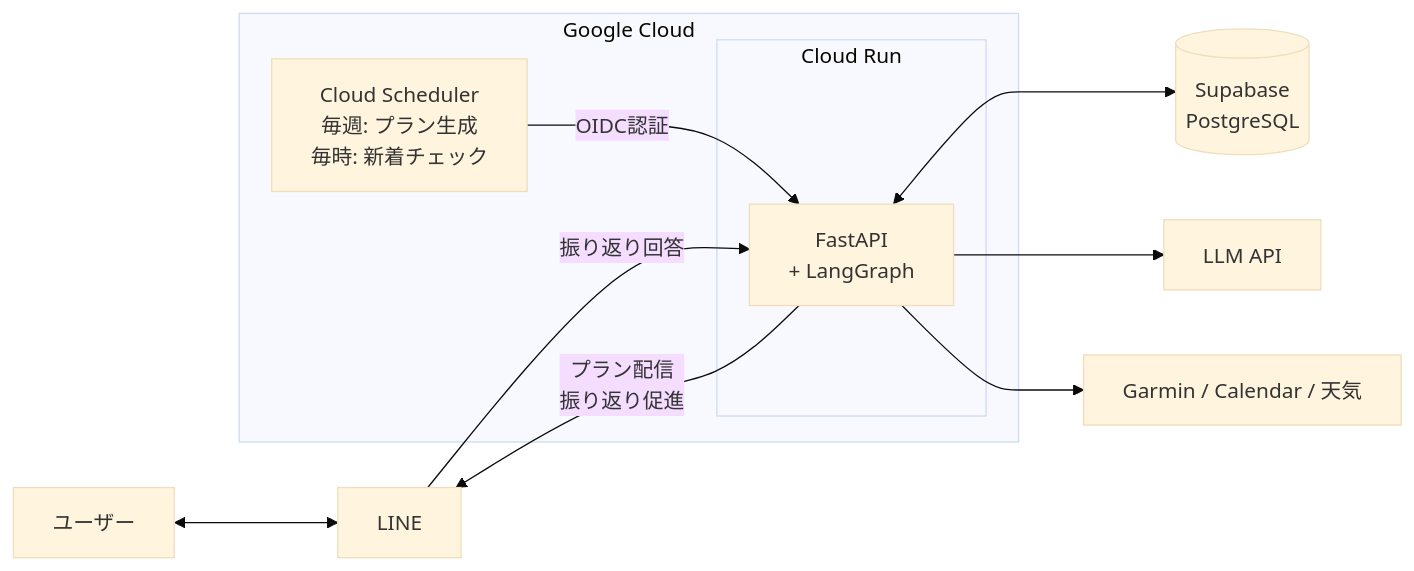
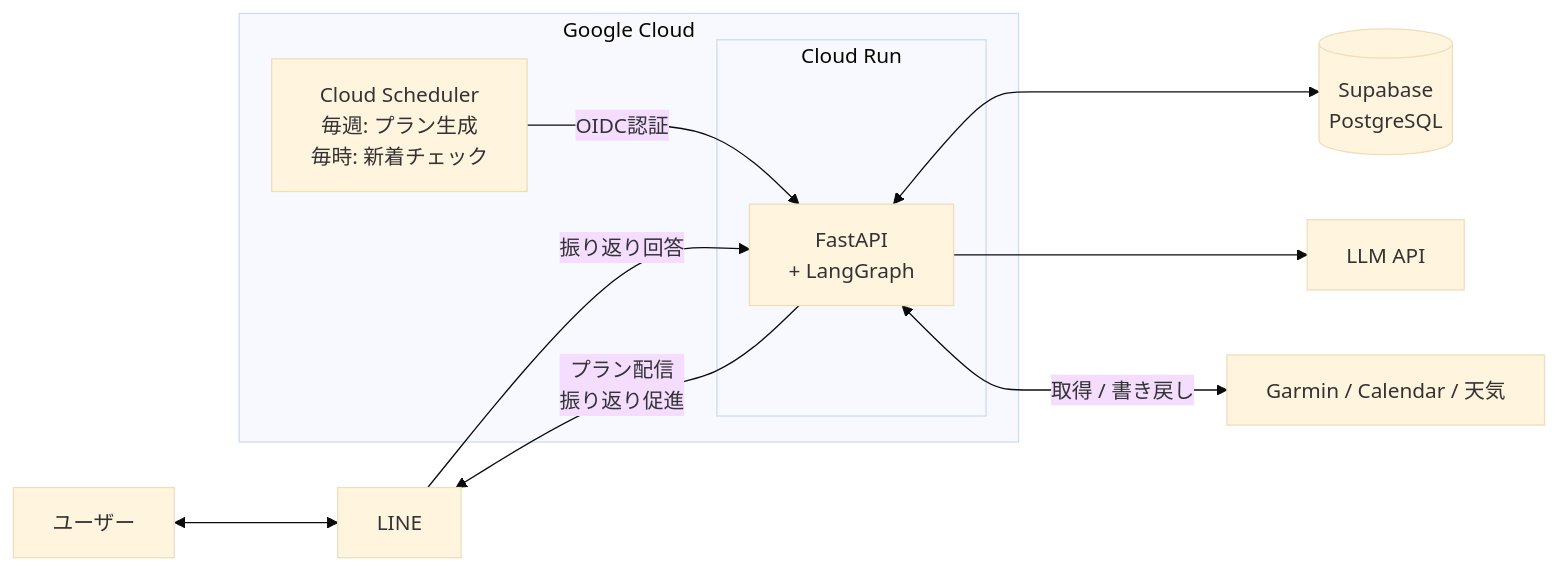
Before and after one commit to fuzztarou/run-coach: the first of 2 diagrams in README.md, drawn with Mermaid (base theme). The commit also changed other lines of this file, not shown here.

Commit message:
docs: READMEのアーキテクチャ図・ワークフロー図を改善

````diff
--- a/README.md
+++ b/README.md
@@ -12,20 +12,20 @@
 ```mermaid
 flowchart LR
     U[ユーザー] <--> LINE[LINE]
 
     LINE -->|振り返り回答| API
     API -->|プラン配信<br>振り返り促進| LINE
 
     subgraph GCP[Google Cloud]
         CS[Cloud Scheduler<br>毎週: プラン生成<br>毎時: 新着チェック] -->|OIDC認証| API
         subgraph Cloud Run
             API[FastAPI<br>+ LangGraph]
         end
     end
 
     API <--> DB[(Supabase<br>PostgreSQL)]
 
     API --> LLM[LLM API]
 
-    API --> DS[Garmin / Calendar / 天気]
+    API <-->|取得 / 書き戻し| DS[Garmin / Calendar / 天気]
 ```
````
